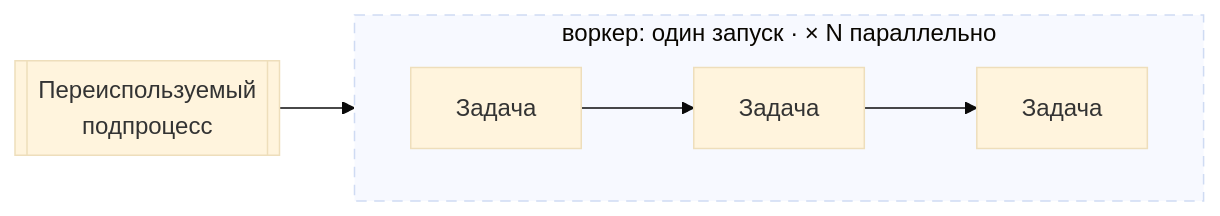
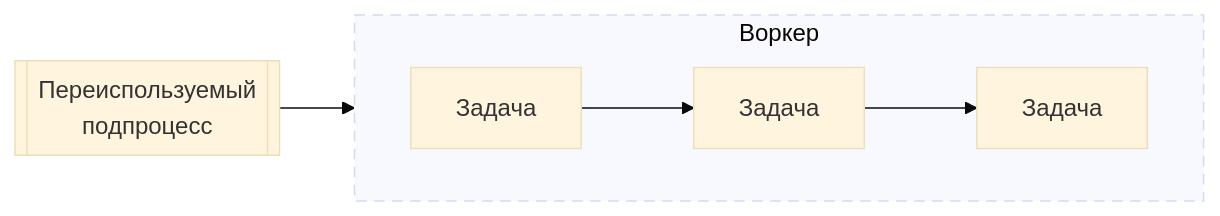
Before and after one commit to crimsongoldteam/nkdk: the second of 10 diagrams in .agents/architecture.md, drawn with Mermaid (base theme). The commit also changed other lines of this file and 1 other file, not shown here.

````diff
--- a/.agents/architecture.md
+++ b/.agents/architecture.md
@@ -86,12 +89,12 @@
 ```mermaid
 flowchart LR
   common[["Переиспользуемый<br/>подпроцесс"]]
 
-  subgraph job["воркер: один запуск · × N параллельно"]
+  subgraph job["Воркер"]
     direction LR
     read["Задача"] --> parse["Задача"] --> result["Задача"]
   end
 
   common --> job
   style job stroke-dasharray: 7 5
 ```
````
